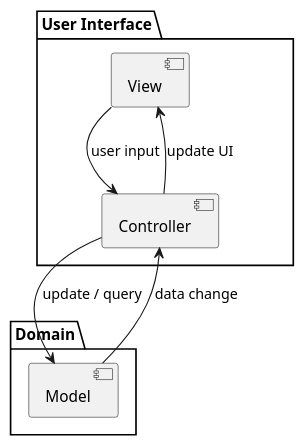
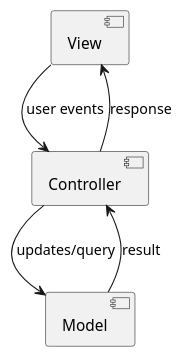
The diagram in system-design/03-documentation/mvc_uml.adoc (o-s-expert/java-elite-software-design-system-design), drawn with PlantUML before and after one commit.

Commit message:
docs: simplify mvc uml

```diff
--- a/system-design/03-documentation/mvc_uml.adoc
+++ b/system-design/03-documentation/mvc_uml.adoc
@@ -15,20 +15,10 @@
 [source,plantuml]
 ----
-@startuml MVC
-skinparam style strictuml
+@startuml mvc-simple-component
 
-package "User Interface" {
-  [View]
-  [Controller]
-}
-
-package "Domain" {
-  [Model]
-}
-
-[View] --> [Controller] : user input
-[Controller] --> [Model] : update / query
-[Model] --> [Controller] : data change
-[Controller] --> [View] : update UI
+[View] --> [Controller] : user events
+[Controller] --> [Model] : updates/query
+[Model] --> [Controller] : result
+[Controller] --> [View] : response
 @enduml
 ----
```
